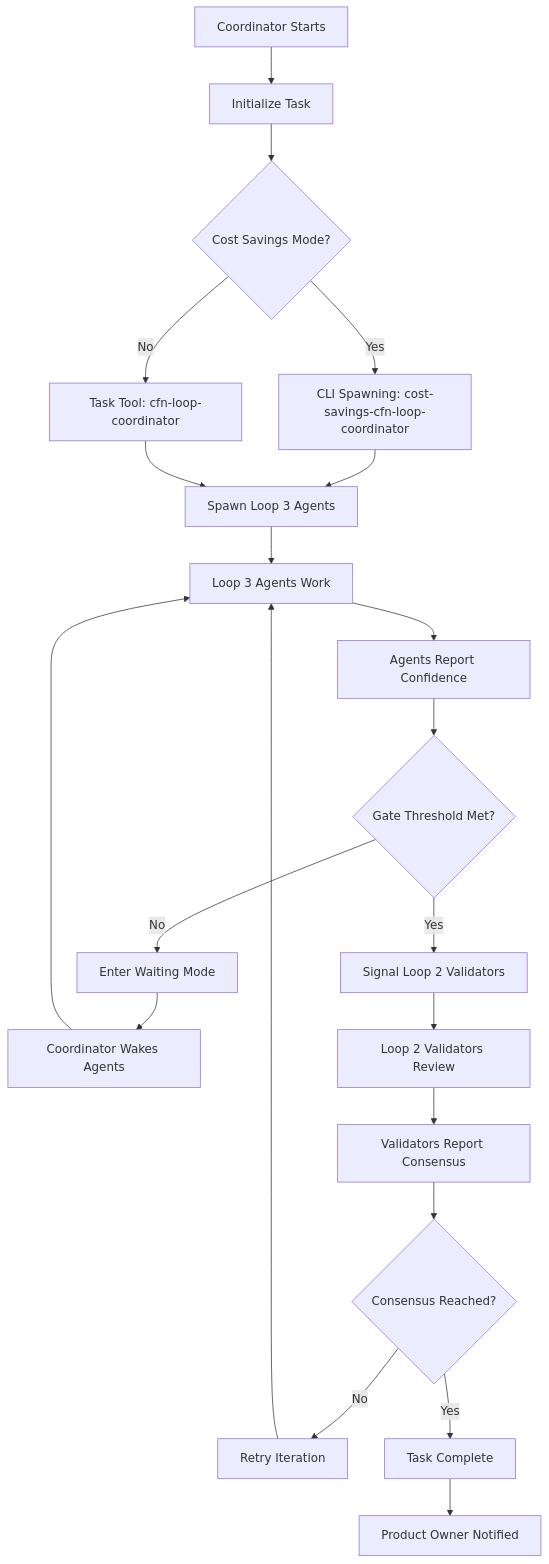
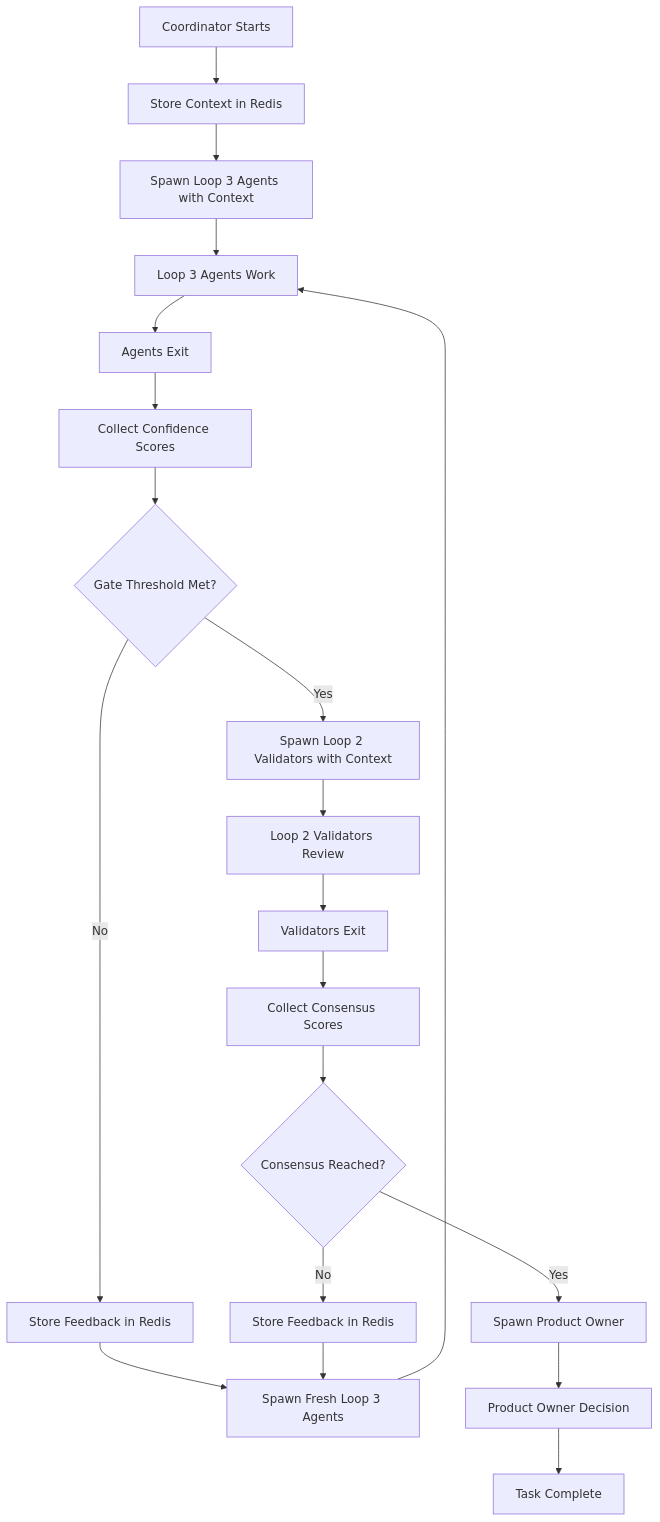
Before and after one commit to masharratt/claude-flow-novice: the first of 4 diagrams in readme/cfn-loop-flow-diagram.md, drawn with Mermaid. The commit also changed other lines of this file and 2 other files, not shown here.

First line of the commit message:
docs(cfn-v3): Update CFN Loop docs for stateless architecture

````diff
--- a/readme/cfn-loop-flow-diagram.md
+++ b/readme/cfn-loop-flow-diagram.md
@@ -5,29 +5,27 @@
 ```mermaid
 graph TD
-    A[Coordinator Starts] --> B[Initialize Task]
-    B --> C{Cost Savings Mode?}
-    C -->|Yes| D[CLI Spawning: cost-savings-cfn-loop-coordinator]
-    C -->|No| E[Task Tool: cfn-loop-coordinator]
-    
-    D --> F[Spawn Loop 3 Agents]
-    E --> F
-    
-    F --> G[Loop 3 Agents Work]
-    G --> H[Agents Report Confidence]
-    
-    H --> I{Gate Threshold Met?}
-    I -->|No| J[Enter Waiting Mode]
-    J --> K[Coordinator Wakes Agents]
-    K --> G
-    
-    I -->|Yes| L[Signal Loop 2 Validators]
-    L --> M[Loop 2 Validators Review]
-    M --> N[Validators Report Consensus]
-    
-    N --> O{Consensus Reached?}
-    O -->|No| P[Retry Iteration]
-    P --> G
-    
-    O -->|Yes| Q[Task Complete]
-    Q --> R[Product Owner Notified]
+    A[Coordinator Starts] --> B[Store Context in Redis]
+    B --> C[Spawn Loop 3 Agents with Context]
+
+    C --> D[Loop 3 Agents Work]
+    D --> E[Agents Exit]
+    E --> F[Collect Confidence Scores]
+
+    F --> G{Gate Threshold Met?}
+    G -->|No| H[Store Feedback in Redis]
+    H --> I[Spawn Fresh Loop 3 Agents]
+    I --> D
+
+    G -->|Yes| J[Spawn Loop 2 Validators with Context]
+    J --> K[Loop 2 Validators Review]
+    K --> L[Validators Exit]
+    L --> M[Collect Consensus Scores]
+
+    M --> N{Consensus Reached?}
+    N -->|No| O[Store Feedback in Redis]
+    O --> I
+
+    N -->|Yes| P[Spawn Product Owner]
+    P --> Q[Product Owner Decision]
+    Q --> R[Task Complete]
 ```
````
